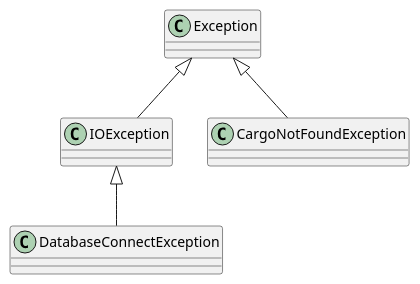
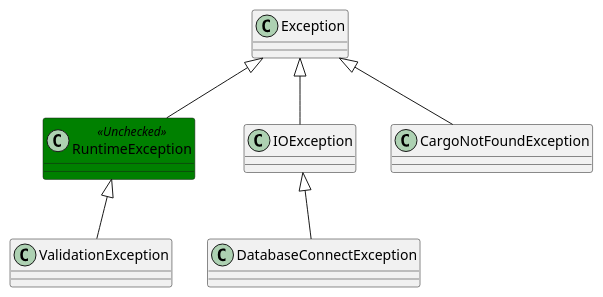
One commit to chatchatabc/ddd-structure-demo changed the diagram in src/main/java/com/chatchatabc/cargo/domain/error/exception-classes.puml. Above: the diagram before and after it, drawn with PlantUML.

Commit message:
chore: add RuntimeException & ValidationException

```diff
--- a/src/main/java/com/chatchatabc/cargo/domain/error/exception-classes.puml
+++ b/src/main/java/com/chatchatabc/cargo/domain/error/exception-classes.puml
@@ -1,11 +1,13 @@
 @startuml
 'https://plantuml.com/class-diagram
 
-class Exception
-class IOException
+class RuntimeException <<Unchecked>> #green
 
 Exception <|-- IOException
+Exception <|-- RuntimeException
+
+RuntimeException <|-- ValidationException
 Exception <|-- CargoNotFoundException
 IOException <|-- DatabaseConnectException
 
 @enduml
```
